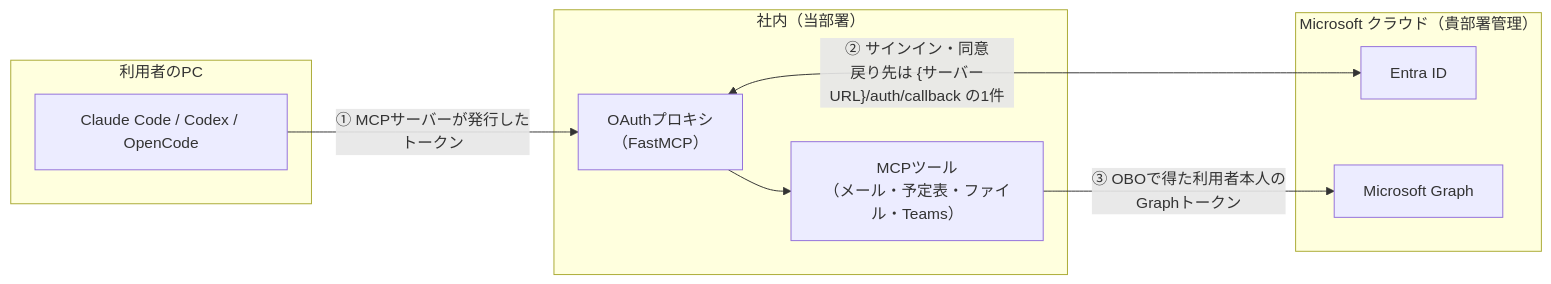
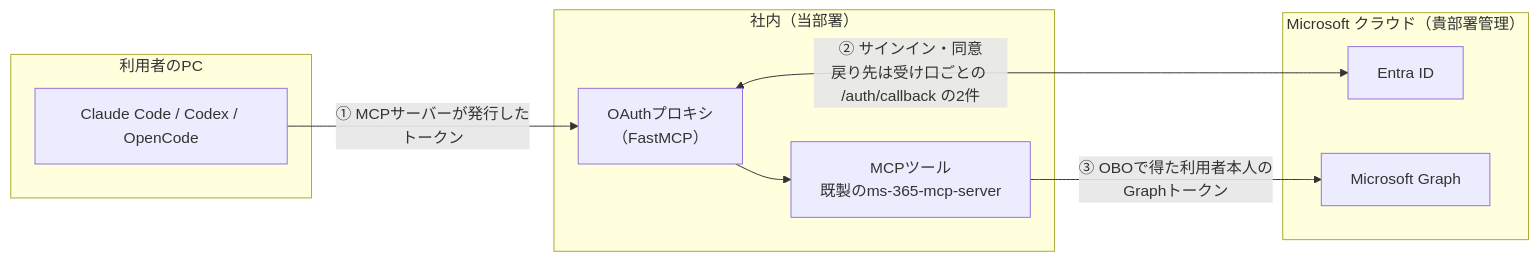
Before and after one commit to notfolder/graph-mcp-gateway: the first of 6 diagrams in docs/related_materials.md, drawn with Mermaid. The commit also changed other lines of this file and 51 other files, not shown here.

First line of the commit message:
docs: ms-365-mcp-server を中継する方針に要件・外部連携の調査・詳細設計を作り直し

````diff
--- a/docs/related_materials.md
+++ b/docs/related_materials.md
@@ -60,18 +62,18 @@
 ```mermaid
 flowchart LR
   subgraph PC["利用者のPC"]
     CC["Claude Code / Codex / OpenCode"]
   end
   subgraph OURS["社内（当部署）"]
     PX["OAuthプロキシ<br/>（FastMCP）"]
-    TL["MCPツール<br/>（メール・予定表・ファイル・Teams）"]
+    TL["MCPツール<br/>既製のms-365-mcp-server"]
   end
   subgraph MS["Microsoft クラウド（貴部署管理）"]
     EN["Entra ID"]
     GR["Microsoft Graph"]
   end
   CC -->|"① MCPサーバーが発行したトークン"| PX
-  PX <-->|"② サインイン・同意<br/>戻り先は {サーバーURL}/auth/callback の1件"| EN
+  PX <-->|"② サインイン・同意<br/>戻り先は受け口ごとの /auth/callback の2件"| EN
   PX --> TL
   TL -->|"③ OBOで得た利用者本人のGraphトークン"| GR
 ```
````
